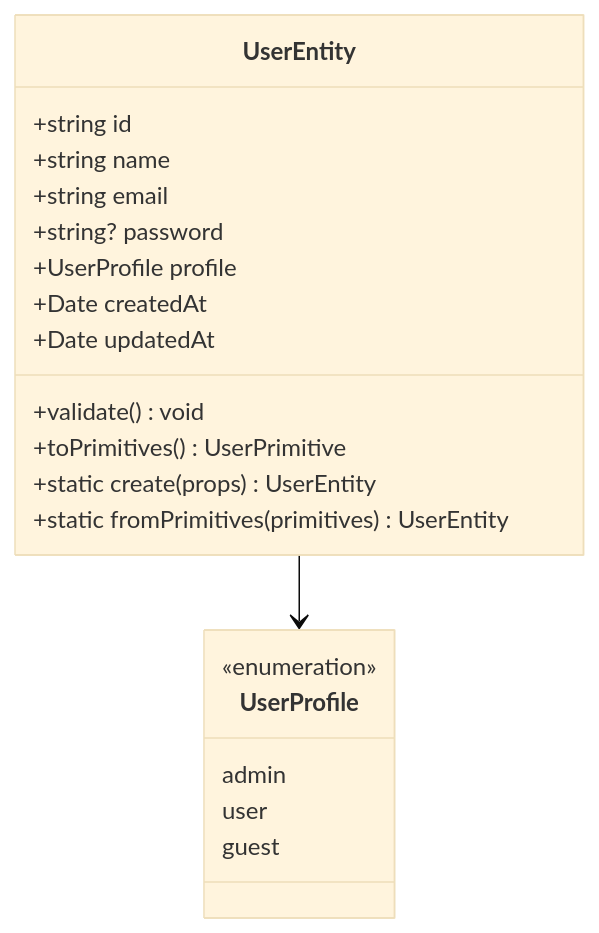
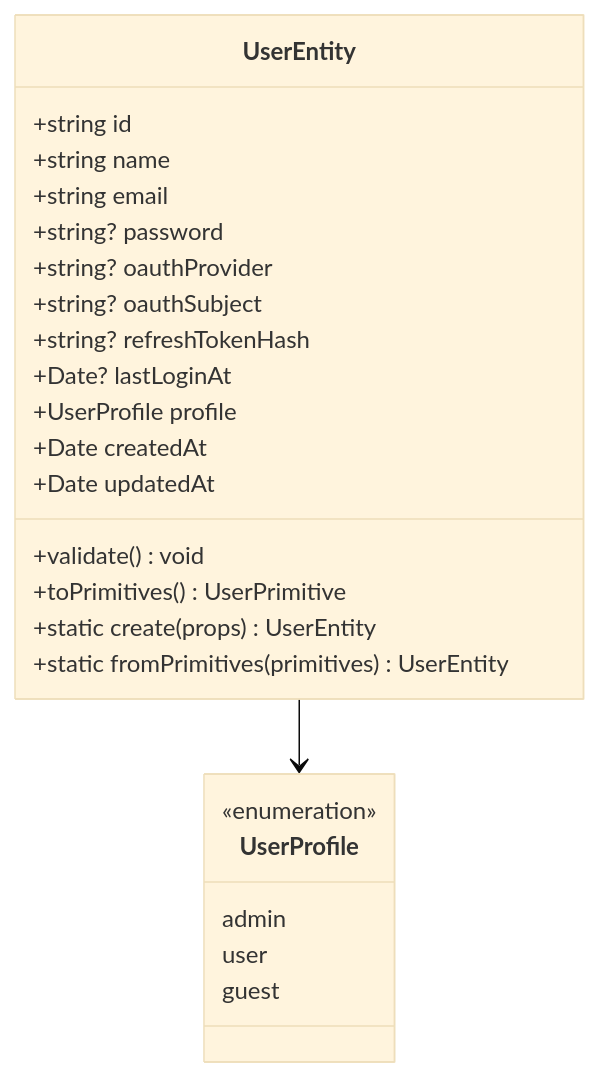
The second of 7 diagrams in docs/MODELO_DADOS.md (salesadriano/eventos), drawn with Mermaid (base theme) before and after one commit. The commit also changed other lines of this file and 84 other files, not shown here.

````diff
--- a/docs/MODELO_DADOS.md
+++ b/docs/MODELO_DADOS.md
@@ -85,25 +96,29 @@
 ```mermaid
 classDiagram
     class UserEntity {
         +string id
         +string name
         +string email
         +string? password
+        +string? oauthProvider
+        +string? oauthSubject
+        +string? refreshTokenHash
+        +Date? lastLoginAt
         +UserProfile profile
         +Date createdAt
         +Date updatedAt
         +validate() void
         +toPrimitives() UserPrimitive
         +static create(props) UserEntity
         +static fromPrimitives(primitives) UserEntity
     }
 
     class UserProfile {
         <<enumeration>>
         admin
         user
         guest
     }
 
     UserEntity --> UserProfile
 ```
````
